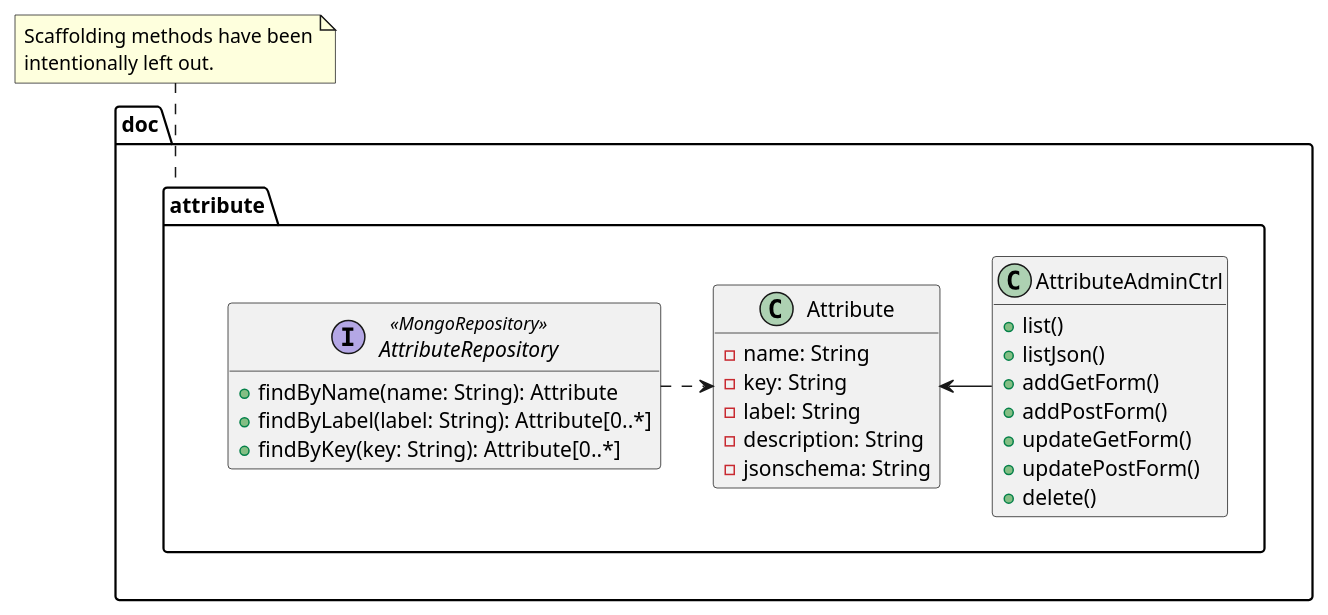
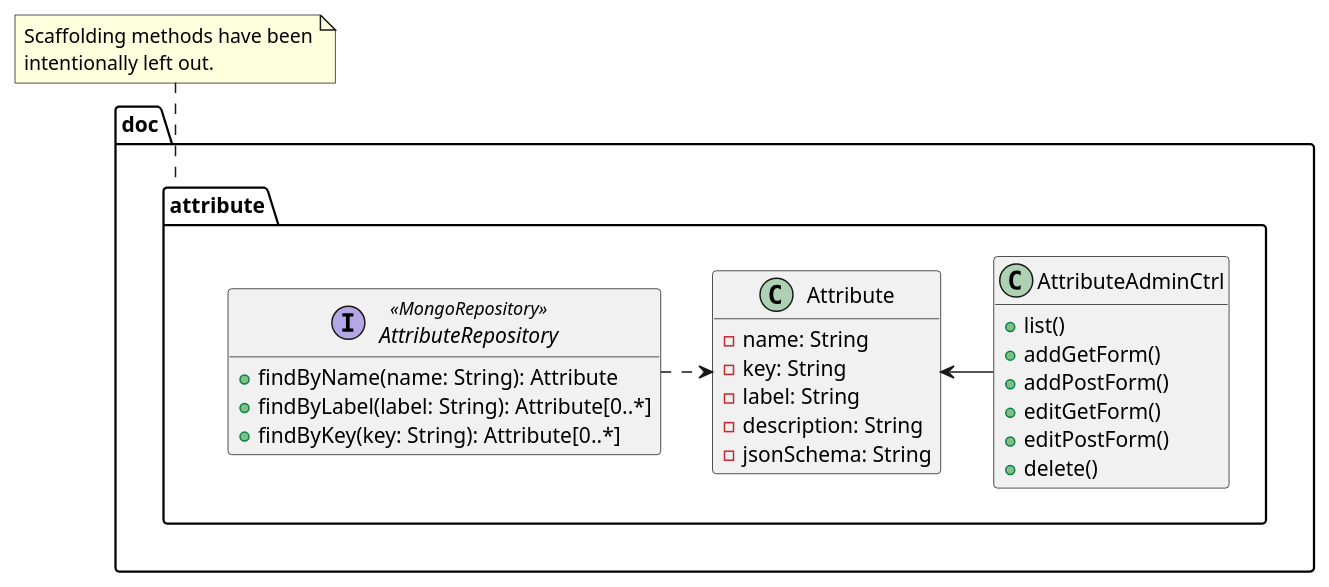
Before and after one commit to peerpub/peerpub: the diagram in doc/uml/doc/attribute.md, drawn with PlantUML. The commit also changed 19 other files, not shown here.

````diff
--- a/doc/uml/doc/attribute.md
+++ b/doc/uml/doc/attribute.md
@@ -1,38 +1,37 @@
 ```plantuml
 @startuml
 package doc.attribute {
   hide empty methods
   hide empty attribute
 
   class Attribute {
     -name: String
     -key: String
     -label: String
     -description: String
-    -jsonschema: String
+    -jsonSchema: String
   }
 
   AttributeRepository .> Attribute
   interface AttributeRepository <<MongoRepository>> {
     +findByName(name: String): Attribute
     +findByLabel(label: String): Attribute[0..*]
     +findByKey(key: String): Attribute[0..*]
   }
 
   Attribute <- AttributeAdminCtrl
   class AttributeAdminCtrl {
     +list()
-    +listJson()
     +addGetForm()
     +addPostForm()
-    +updateGetForm()
-    +updatePostForm()
+    +editGetForm()
+    +editPostForm()
     +delete()
   }
 }
 note top of doc.attribute
 Scaffolding methods have been
 intentionally left out.
 end note
 @enduml
 ```
````
